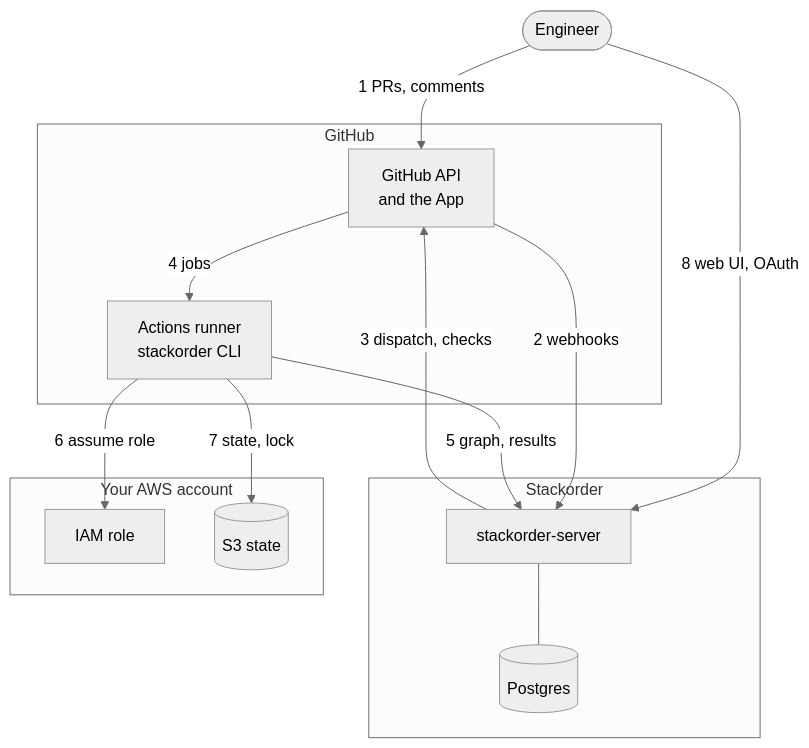
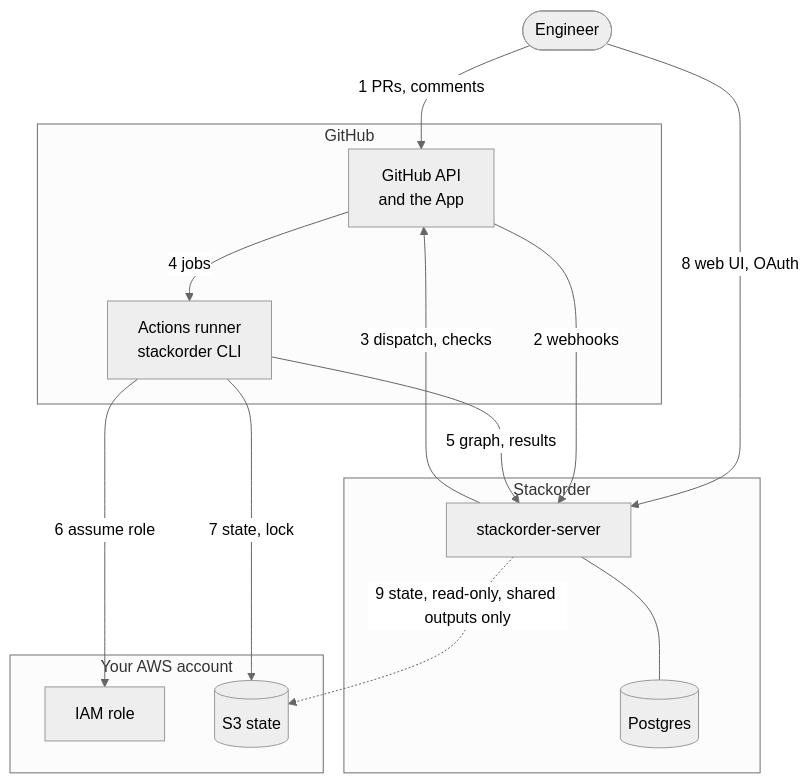
The first of 3 diagrams in docs/guide/how-it-works.md (stackorder/stackorder), drawn with Mermaid (neutral theme) before and after one commit. The commit also changed other lines of this file and 12 other files, not shown here.

````diff
--- a/docs/guide/how-it-works.md
+++ b/docs/guide/how-it-works.md
@@ -14,25 +14,26 @@
 ```mermaid
 flowchart TB
   eng(["Engineer"])
   subgraph github ["GitHub"]
     api["GitHub API<br/>and the App"]
     runner["Actions runner<br/>stackorder CLI"]
   end
   subgraph so ["Stackorder"]
     server["stackorder-server"]
     db[("Postgres")]
   end
   subgraph aws ["Your AWS account"]
     role["IAM role"]
     s3[("S3 state")]
   end
   eng -->|"1 PRs, comments"| api
   eng -->|"8 web UI, OAuth"| server
   api -->|"2 webhooks"| server
   server -->|"3 dispatch, checks"| api
   api -->|"4 jobs"| runner
   runner -->|"5 graph, results"| server
   runner -->|"6 assume role"| role
   runner -->|"7 state, lock"| s3
+  server -.->|"9 state, read-only, shared outputs only"| s3
   server --- db
 ```
````
